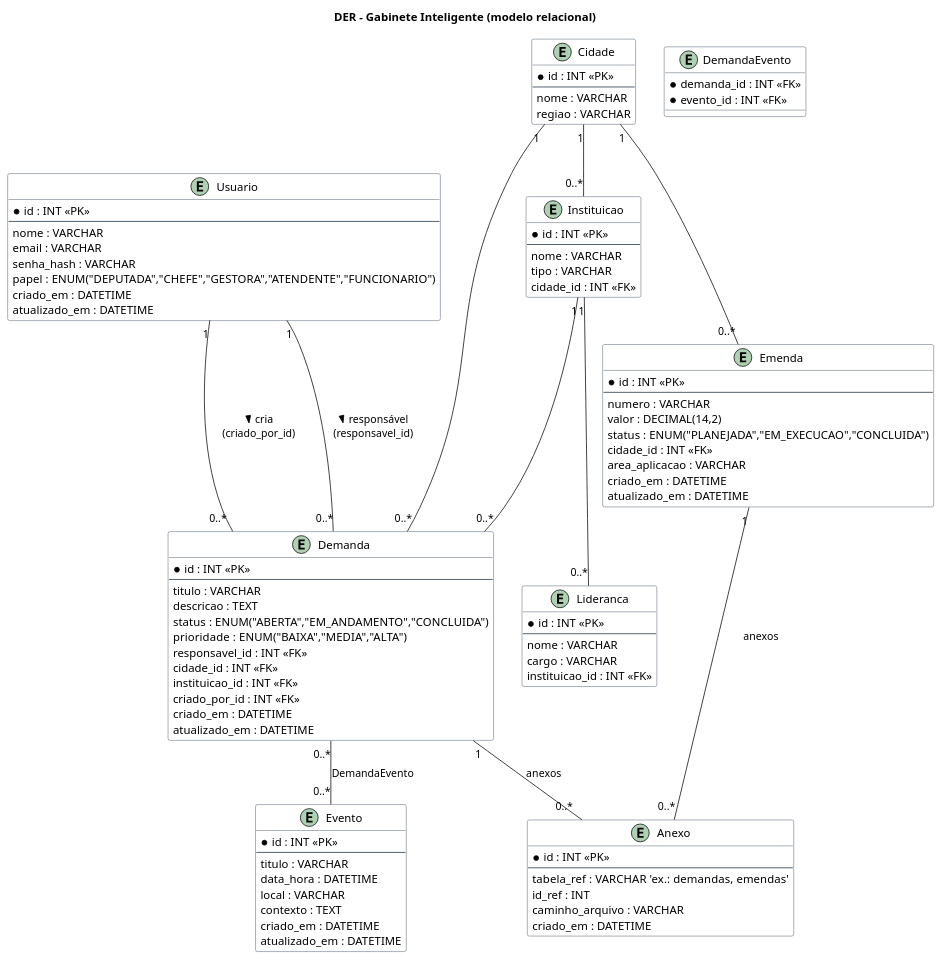
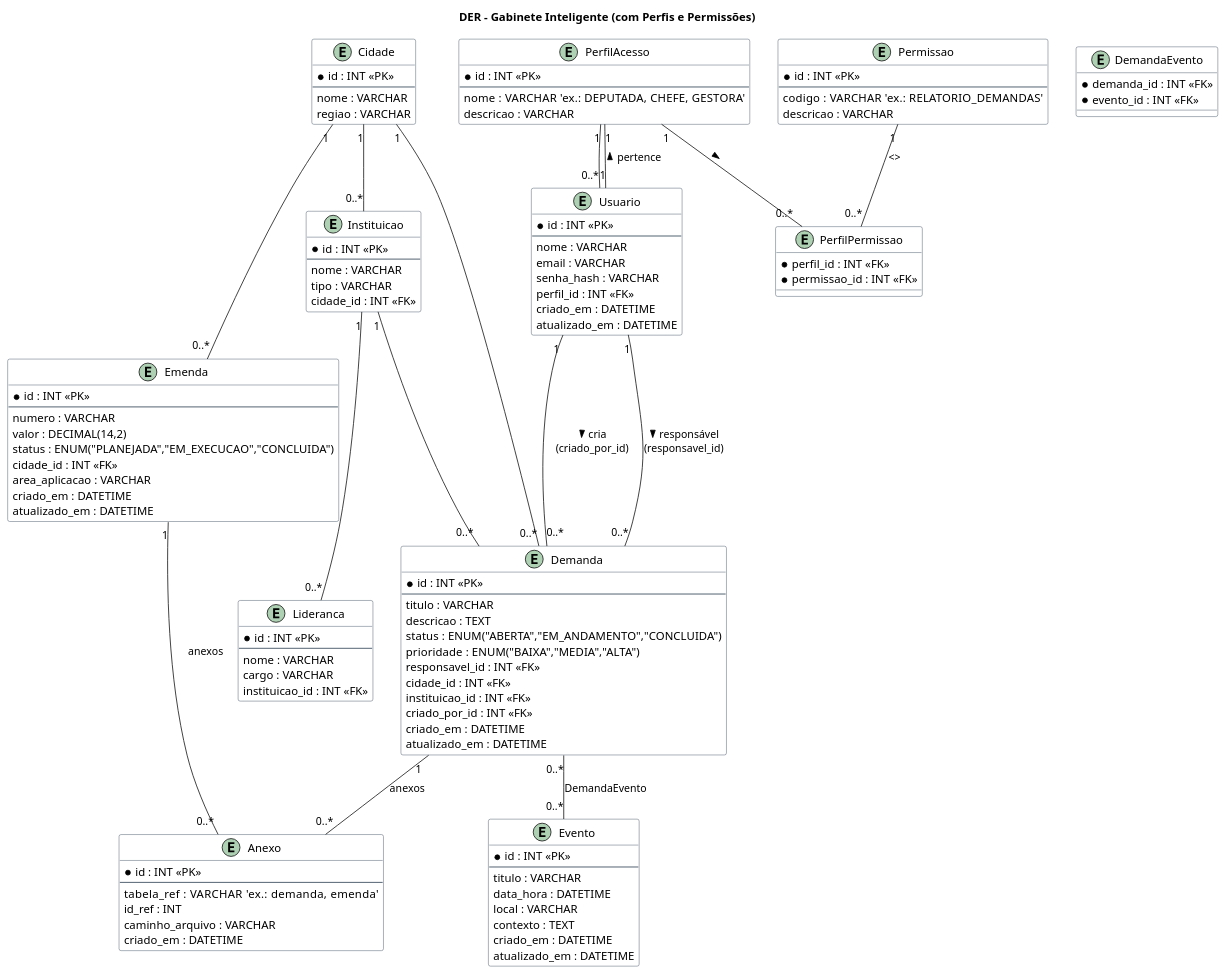
The diagram in Artefatos/DER/der.puml (ICEI-PUC-Minas-PPLES-TI/plf-es-2025-2-tcci-0393100-dev-bernardo-biondini), drawn with PlantUML before and after one commit. The commit also changed 458 other files, not shown here.

Commit message:
Correções finais, diagramas atualizados

```diff
--- a/Artefatos/DER/der.puml
+++ b/Artefatos/DER/der.puml
@@ -2,111 +1,150 @@
 @startuml
-title DER - Gabinete Inteligente (modelo relacional)
+title DER - Gabinete Inteligente (com Perfis e Permissões)
 
 skinparam shadowing false
 skinparam class {
   BackgroundColor #ffffff
   BorderColor #2c3e50
+}
+
+' ===================== AUTORIZAÇÃO =====================
+
+entity PerfilAcesso {
+  * id : INT <<PK>>
+  --
+  nome : VARCHAR   'ex.: DEPUTADA, CHEFE, GESTORA'
+  descricao : VARCHAR
+}
+
+entity Permissao {
+  * id : INT <<PK>>
+  --
+  codigo : VARCHAR   'ex.: RELATORIO_DEMANDAS'
+  descricao : VARCHAR
+}
+
+entity PerfilPermissao {
+  * perfil_id : INT <<FK>>
+  * permissao_id : INT <<FK>>
 }
 
 entity Usuario {
   * id : INT <<PK>>
   --
   nome : VARCHAR
   email : VARCHAR
   senha_hash : VARCHAR
-  papel : ENUM("DEPUTADA","CHEFE","GESTORA","ATENDENTE","FUNCIONARIO")
+  perfil_id : INT <<FK>>
   criado_em : DATETIME
   atualizado_em : DATETIME
 }
+
+
+' ===================== DOMÍNIO DO SISTEMA =====================
 
 entity Demanda {
   * id : INT <<PK>>
   --
   titulo : VARCHAR
   descricao : TEXT
   status : ENUM("ABERTA","EM_ANDAMENTO","CONCLUIDA")
   prioridade : ENUM("BAIXA","MEDIA","ALTA")
   responsavel_id : INT <<FK>>
   cidade_id : INT <<FK>>
   instituicao_id : INT <<FK>>
   criado_por_id : INT <<FK>>
   criado_em : DATETIME
   atualizado_em : DATETIME
 }
 
 entity Emenda {
   * id : INT <<PK>>
   --
   numero : VARCHAR
   valor : DECIMAL(14,2)
   status : ENUM("PLANEJADA","EM_EXECUCAO","CONCLUIDA")
   cidade_id : INT <<FK>>
   area_aplicacao : VARCHAR
   criado_em : DATETIME
   atualizado_em : DATETIME
 }
 
 entity Cidade {
   * id : INT <<PK>>
   --
   nome : VARCHAR
   regiao : VARCHAR
 }
 
 entity Instituicao {
   * id : INT <<PK>>
   --
   nome : VARCHAR
   tipo : VARCHAR
   cidade_id : INT <<FK>>
 }
 
 entity Lideranca {
   * id : INT <<PK>>
   --
   nome : VARCHAR
   cargo : VARCHAR
   instituicao_id : INT <<FK>>
 }
 
 entity Evento {
   * id : INT <<PK>>
   --
   titulo : VARCHAR
   data_hora : DATETIME
   local : VARCHAR
   contexto : TEXT
   criado_em : DATETIME
   atualizado_em : DATETIME
 }
 
 entity DemandaEvento {
   * demanda_id : INT <<FK>>
   * evento_id : INT <<FK>>
 }
 
 entity Anexo {
   * id : INT <<PK>>
   --
-  tabela_ref : VARCHAR  'ex.: demandas, emendas'
+  tabela_ref : VARCHAR     'ex.: demanda, emenda'
   id_ref : INT
   caminho_arquivo : VARCHAR
   criado_em : DATETIME
 }
 
-' Relacionamentos
+
+' ===================== RELACIONAMENTOS =====================
+
+' --- AUTORIZAÇÃO ---
+Usuario "1" -- "1" PerfilAcesso : pertence >
+PerfilAcesso "1" -- "0..*" Usuario
+
+PerfilAcesso "1" -- "0..*" PerfilPermissao : >
+Permissao "1" -- "0..*" PerfilPermissao : <>
+
+' --- USUÁRIO E DEMANDAS ---
 Usuario "1" -- "0..*" Demanda : cria >\n(criado_por_id)
 Usuario "1" -- "0..*" Demanda : responsável >\n(responsavel_id)
 
+' --- CIDADE ---
 Cidade "1" -- "0..*" Demanda
 Cidade "1" -- "0..*" Emenda
 Cidade "1" -- "0..*" Instituicao
 
+' --- INSTITUIÇÃO E LIDERANÇA ---
 Instituicao "1" -- "0..*" Lideranca
 Instituicao "1" -- "0..*" Demanda
 
+' --- EVENTOS E DEMANDAS (N-N) ---
 Demanda "0..*" -- "0..*" Evento : DemandaEvento
+
+' --- ANEXOS POLIMÓRFICOS ---
 Demanda "1" -- "0..*" Anexo : anexos
-Emenda "1" -- "0..*" Anexo : anexos
+Emenda  "1" -- "0..*" Anexo : anexos
 
 @enduml
```
